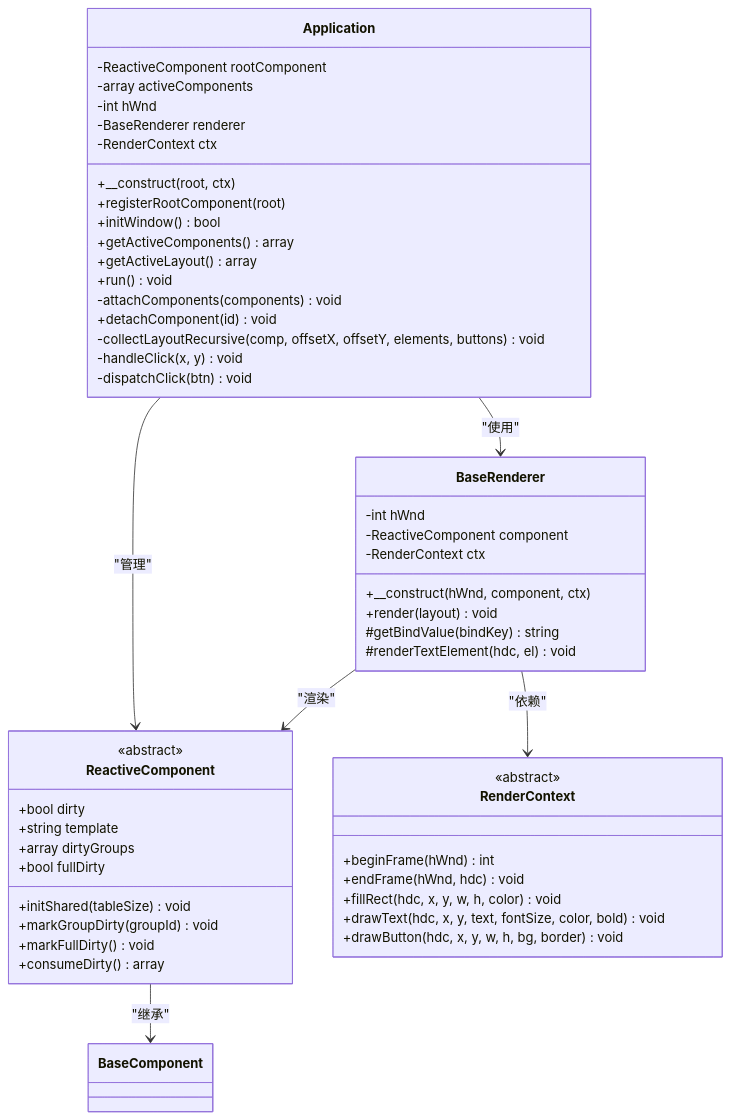
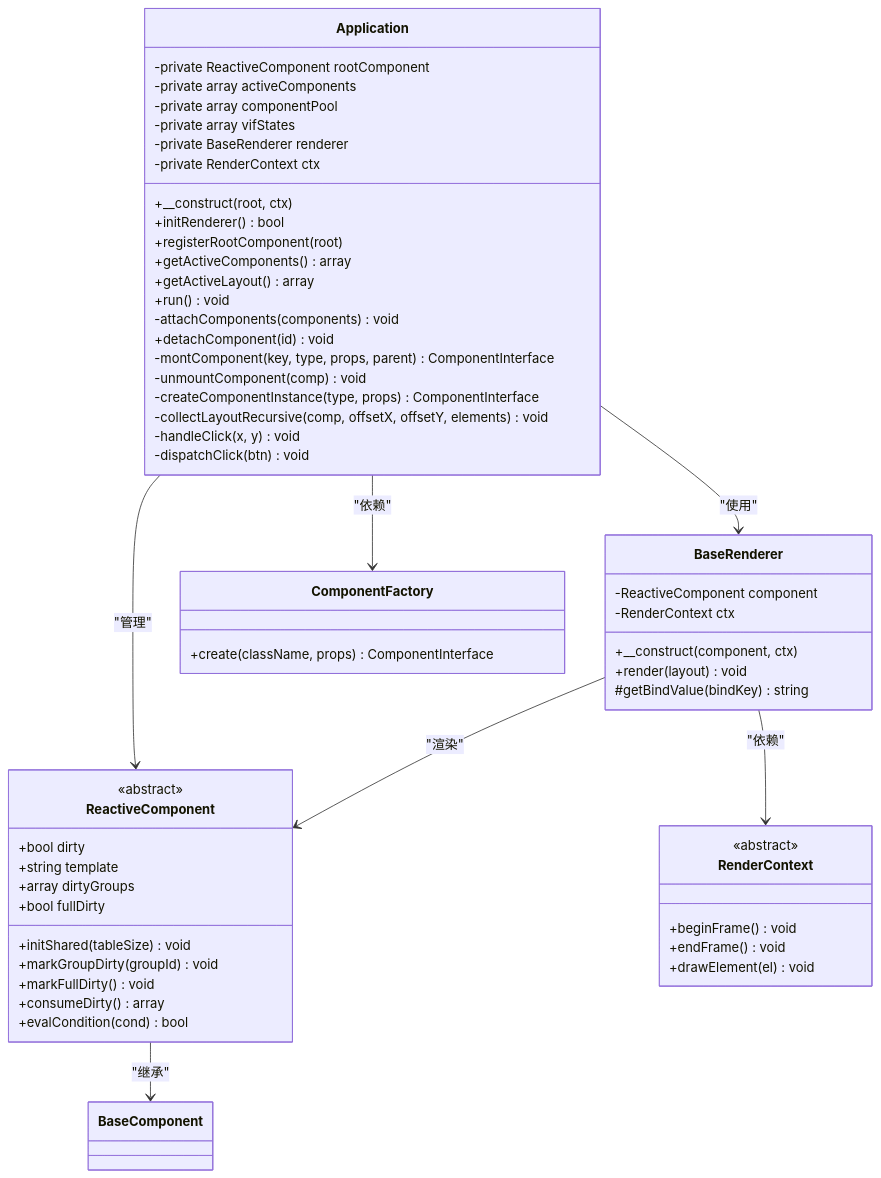
The second of 10 diagrams in .qoder/repowiki/zh/content/核心架构设计/应用控制设计.md (xingye00186/PUI), drawn with Mermaid before and after one commit. The commit also changed other lines of this file and 10 other files, not shown here.

````diff
--- a/.qoder/repowiki/zh/content/核心架构设计/应用控制设计.md
+++ b/.qoder/repowiki/zh/content/核心架构设计/应用控制设计.md
@@ -100,54 +114,59 @@
 ```mermaid
 classDiagram
 class Application {
--ReactiveComponent rootComponent
--array activeComponents
--int hWnd
--BaseRenderer renderer
--RenderContext ctx
+-private ReactiveComponent rootComponent
+-private array activeComponents
+-private array componentPool
+-private array vifStates
+-private BaseRenderer renderer
+-private RenderContext ctx
 +__construct(root, ctx)
++initRenderer() bool
 +registerRootComponent(root)
-+initWindow() bool
 +getActiveComponents() array
 +getActiveLayout() array
 +run() void
 -attachComponents(components) void
 +detachComponent(id) void
--collectLayoutRecursive(comp, offsetX, offsetY, elements, buttons) void
+-montComponent(key, type, props, parent) ComponentInterface
+-unmountComponent(comp) void
+-createComponentInstance(type, props) ComponentInterface
+-collectLayoutRecursive(comp, offsetX, offsetY, elements) void
 -handleClick(x, y) void
 -dispatchClick(btn) void
 }
 class ReactiveComponent {
 +bool dirty
 +string template
 +array dirtyGroups
 +bool fullDirty
 +initShared(tableSize) void
 +markGroupDirty(groupId) void
 +markFullDirty() void
 +consumeDirty() array
++evalCondition(cond) bool
 <<abstract>>
 }
 class BaseRenderer {
--int hWnd
 -ReactiveComponent component
 -RenderContext ctx
-+__construct(hWnd, component, ctx)
++__construct(component, ctx)
 +render(layout) void
 #getBindValue(bindKey) string
-#renderTextElement(hdc, el) void
 }
 class RenderContext {
 <<abstract>>
-+beginFrame(hWnd) int
-+endFrame(hWnd, hdc) void
-+fillRect(hdc, x, y, w, h, color) void
-+drawText(hdc, x, y, text, fontSize, color, bold) void
-+drawButton(hdc, x, y, w, h, bg, border) void
++beginFrame() void
++endFrame() void
++drawElement(el) void
+}
+class ComponentFactory {
++create(className, props) ComponentInterface
 }
 Application --> ReactiveComponent : "管理"
 Application --> BaseRenderer : "使用"
+Application --> ComponentFactory : "依赖"
 BaseRenderer --> RenderContext : "依赖"
 ReactiveComponent --> BaseComponent : "继承"
 BaseRenderer --> ReactiveComponent : "渲染"
 ```
````
